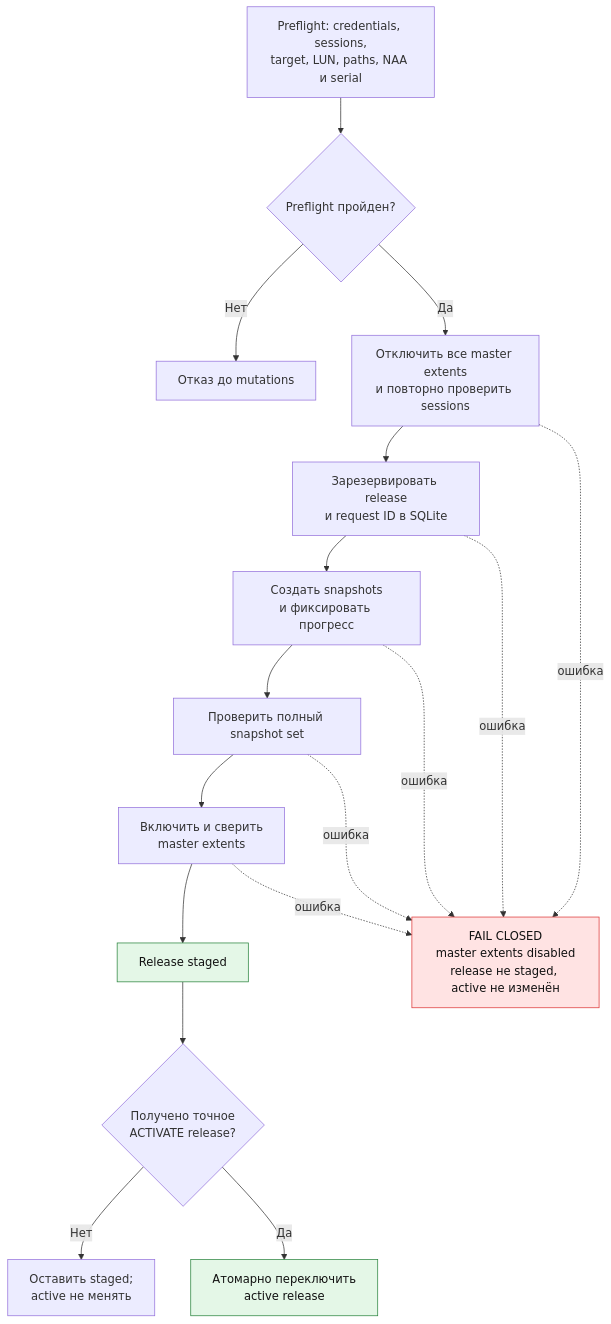
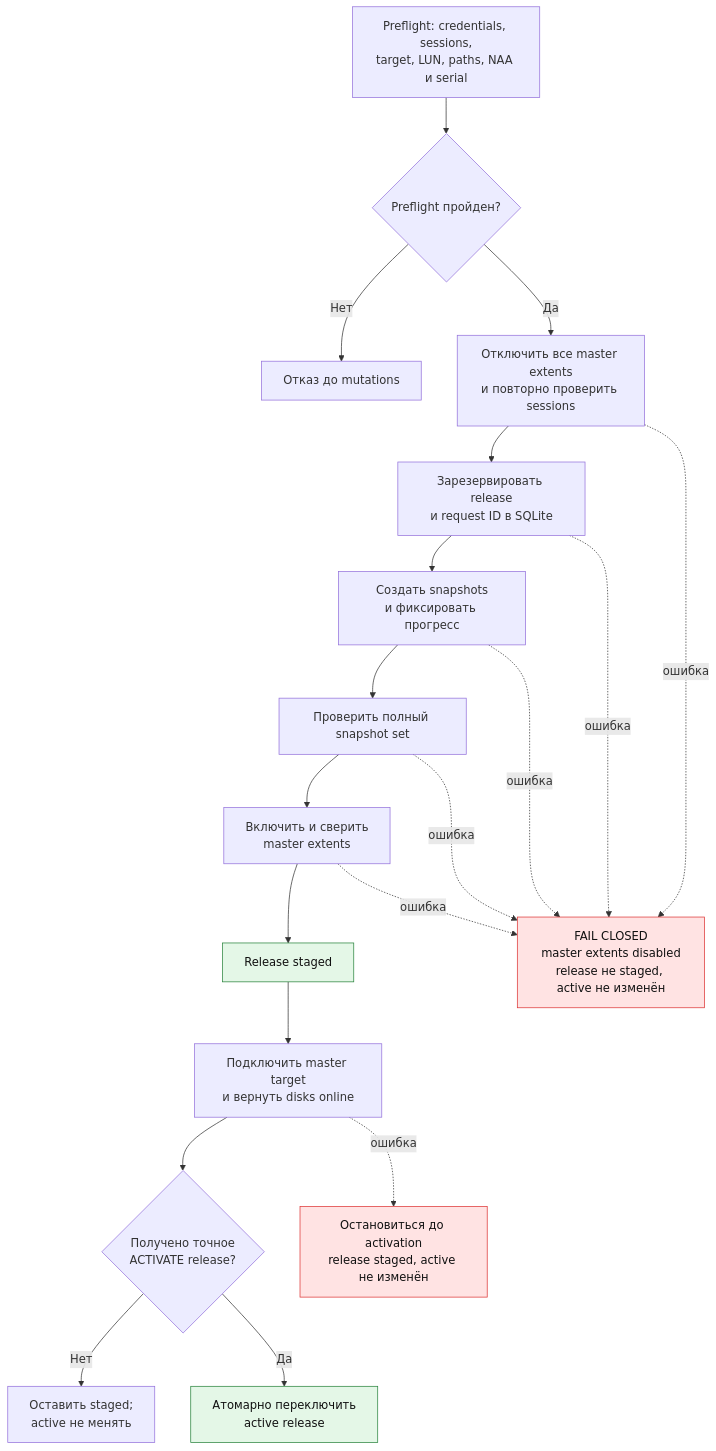
One commit to Xerz/iscsi-reset-service changed the second of 3 diagrams in README.md. Above: the diagram before and after it, drawn with Mermaid. The commit also changed other lines of this file and 9 other files, not shown here.

Commit message:
Reconnect publisher before activation

````diff
--- a/README.md
+++ b/README.md
@@ -42,33 +42,36 @@
 ```mermaid
 flowchart TD
     start["Preflight: credentials, sessions,<br/>target, LUN, paths, NAA и serial"]
     preflight{"Preflight пройден?"}
     reject["Отказ до mutations"]
     disable["Отключить все master extents<br/>и повторно проверить sessions"]
     reserve["Зарезервировать release<br/>и request ID в SQLite"]
     snapshots["Создать snapshots<br/>и фиксировать прогресс"]
     verify["Проверить полный snapshot set"]
     enable["Включить и сверить<br/>master extents"]
     staged["Release staged"]
+    reconnect["Подключить master target<br/>и вернуть disks online"]
     confirm{"Получено точное<br/>ACTIVATE release?"}
     pending["Оставить staged;<br/>active не менять"]
     active["Атомарно переключить<br/>active release"]
     fail["FAIL CLOSED<br/>master extents disabled<br/>release не staged, active не изменён"]
+    reconnectFail["Остановиться до activation<br/>release staged, active не изменён"]
 
     start --> preflight
     preflight -->|"Нет"| reject
     preflight -->|"Да"| disable
-    disable --> reserve --> snapshots --> verify --> enable --> staged --> confirm
+    disable --> reserve --> snapshots --> verify --> enable --> staged --> reconnect --> confirm
     confirm -->|"Нет"| pending
     confirm -->|"Да"| active
     disable -. "ошибка" .-> fail
     reserve -. "ошибка" .-> fail
     snapshots -. "ошибка" .-> fail
     verify -. "ошибка" .-> fail
     enable -. "ошибка" .-> fail
+    reconnect -. "ошибка" .-> reconnectFail
 
     classDef failure fill:#ffe3e3,stroke:#d33,color:#111;
     classDef success fill:#e4f7e7,stroke:#27823b,color:#111;
-    class fail failure;
+    class fail,reconnectFail failure;
     class staged,active success;
 ```
````
